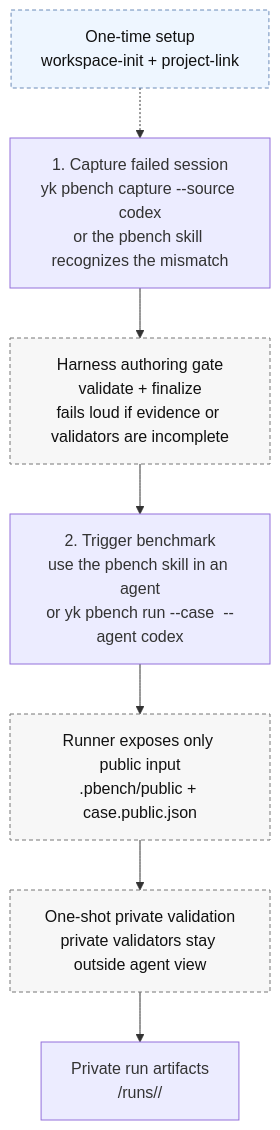
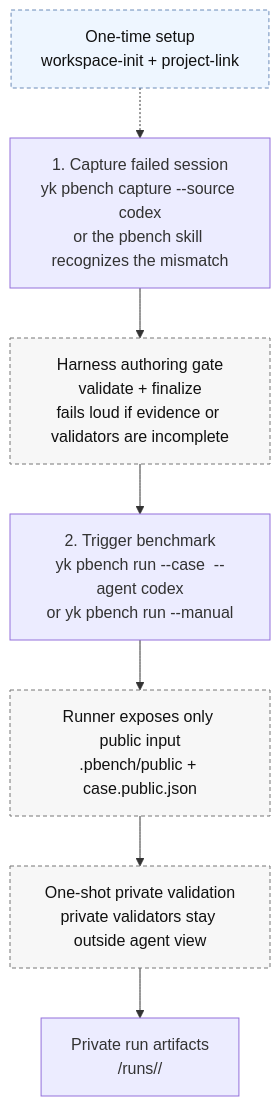
The diagram in README.md (Yaphet2015/ya-skills), drawn with Mermaid before and after one commit. The commit also changed other lines of this file and 5 other files, not shown here.

Commit message:
docs(pbench): align cross-agent workflows

````diff
--- a/README.md
+++ b/README.md
@@ -152,16 +152,16 @@
 ```mermaid
 flowchart TD
   setup["One-time setup<br/>workspace-init + project-link"]:::support
   capture["1. Capture failed session<br/>yk pbench capture --source codex<br/>or the pbench skill recognizes the mismatch"]
   authoring["Harness authoring gate<br/>validate + finalize<br/>fails loud if evidence or validators are incomplete"]:::internal
-  trigger["2. Trigger benchmark<br/>use the pbench skill in an agent<br/>or yk pbench run --case <case> --agent codex"]
+  trigger["2. Trigger benchmark<br/>yk pbench run --case <case> --agent codex<br/>or yk pbench run --manual"]
   capsule["Runner exposes only public input<br/>.pbench/public + case.public.json"]:::internal
   validate["One-shot private validation<br/>private validators stay outside agent view"]:::internal
   results["Private run artifacts<br/><workspace>/runs/<run-id>/"]
 
   setup -.-> capture
   capture --> authoring --> trigger --> capsule --> validate --> results
 
   classDef support fill:#eef6ff,stroke:#6b8bb8,color:#111,stroke-dasharray: 4 3
   classDef internal fill:#f7f7f7,stroke:#777,color:#111,stroke-dasharray: 4 3
 ```
````
